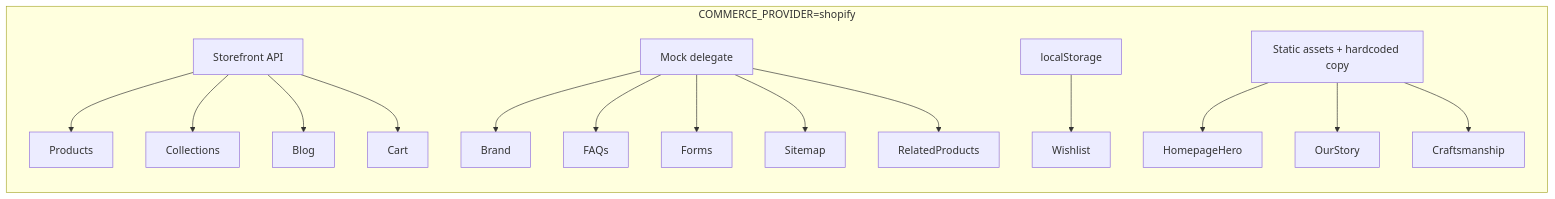
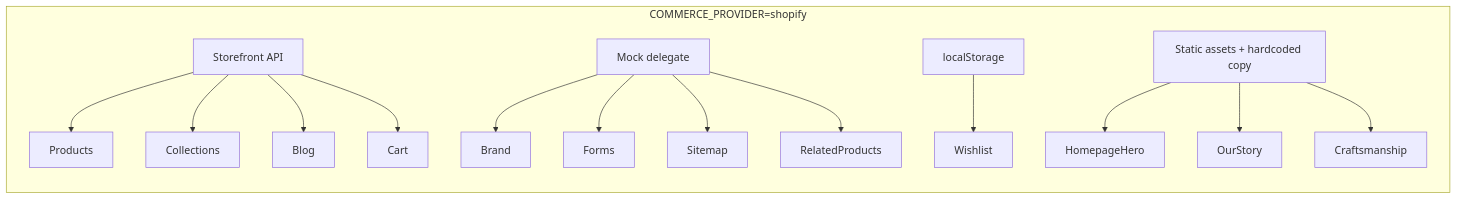
Before and after one commit to thekashmirweaver-design/storefront: the first of 2 diagrams in docs/shopify-driven-roadmap.md, drawn with Mermaid. The commit also changed other lines of this file and 8 other files, not shown here.

````diff
--- a/docs/shopify-driven-roadmap.md
+++ b/docs/shopify-driven-roadmap.md
@@ -68,22 +68,21 @@
 ```mermaid
 flowchart LR
   subgraph today [COMMERCE_PROVIDER=shopify]
     SF[Storefront API]
     Mock[Mock delegate]
     LS[localStorage]
     Static[Static assets + hardcoded copy]
     SF --> Products
     SF --> Collections
     SF --> Blog
     SF --> Cart
     Mock --> Brand
-    Mock --> FAQs
     Mock --> Forms
     Mock --> Sitemap
     Mock --> RelatedProducts
     LS --> Wishlist
     Static --> HomepageHero
     Static --> OurStory
     Static --> Craftsmanship
   end
 ```
````
